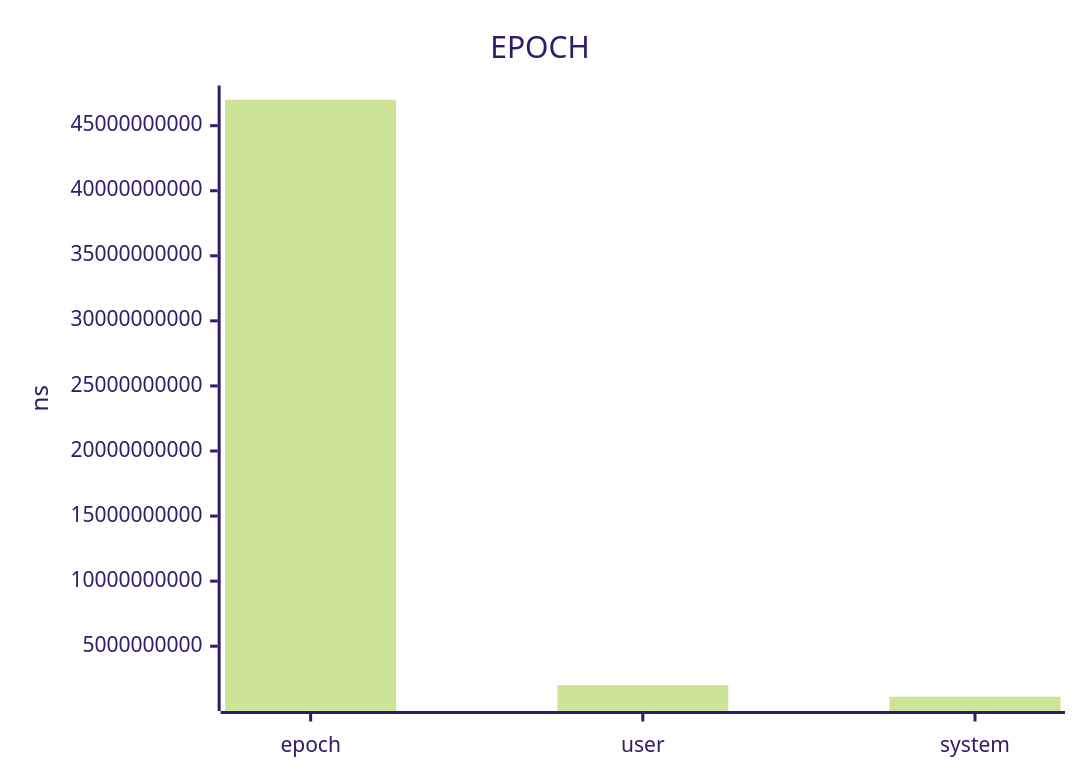
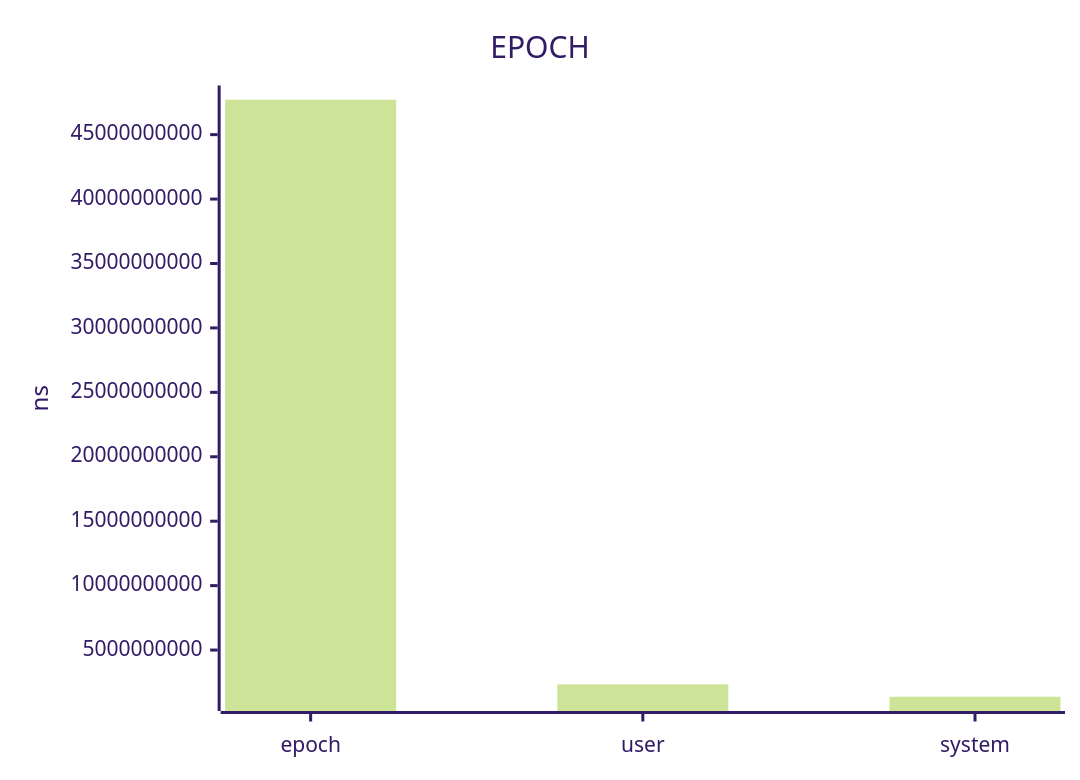
Before and after one commit to jrengmusic/whatdbg: the diagram in benchmark/smoke-report.md, drawn with Mermaid (forest theme). The commit also changed other lines of this file and 29 other files, not shown here.

````diff
--- a/benchmark/smoke-report.md
+++ b/benchmark/smoke-report.md
@@ -21,7 +21,7 @@
 ```mermaid
 xychart-beta
 title "EPOCH"
 x-axis ["epoch", "user", "system"]
 y-axis "ns"
-bar [46991927375.00000000000000000, 2001887000.00000000000000000, 1114940000.00000000000000000]
+bar [47707534750.00000000000000000, 2338418000.00000000000000000, 1376288000.00000000000000000]
 ```
````
